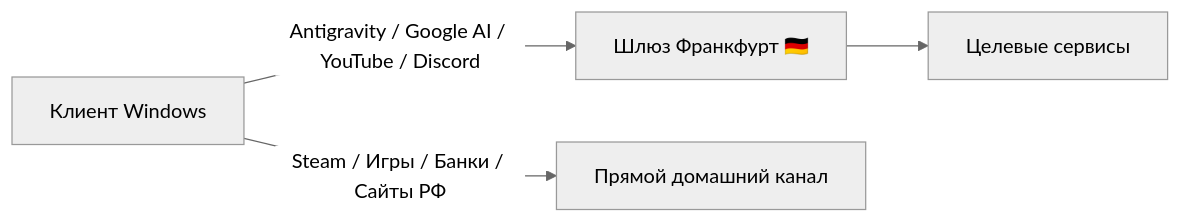
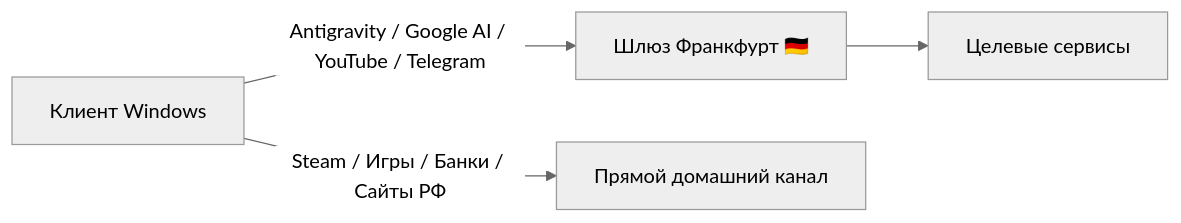
Before and after one commit to root88888tr-creator/antigravity-Proksi_Patch: the diagram in README.md, drawn with Mermaid (neutral theme). The commit also changed other lines of this file and 1 other file, not shown here.

Commit message:
Release v1.1.5: Remove Discord support and update routing rules to v20260918

````diff
--- a/README.md
+++ b/README.md
@@ -35,7 +35,7 @@
 ```mermaid
 graph LR
-    User[Клиент Windows] -->|Antigravity / Google AI / YouTube / Discord| Gateway[Шлюз Франкфурт 🇩🇪]
+    User[Клиент Windows] -->|Antigravity / Google AI / YouTube / Telegram| Gateway[Шлюз Франкфурт 🇩🇪]
     Gateway --> Internet[Целевые сервисы]
     
     User -->|Steam / Игры / Банки / Сайты РФ| Direct[Прямой домашний канал]
 ```
````
